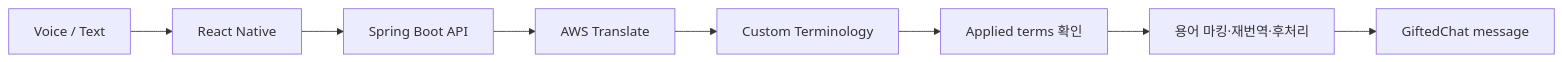
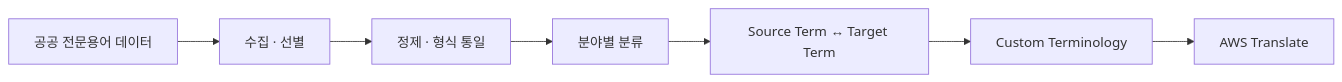
One commit to minjuko/transmate changed the first of 4 diagrams in README.md. Above: the diagram before and after it, drawn with Mermaid. The commit also changed other lines of this file, not shown here.

````diff
--- a/README.md
+++ b/README.md
@@ -60,10 +54,10 @@
 ```mermaid
 flowchart LR
-    A[Voice / Text] --> B[React Native]
-    B --> C[Spring Boot API]
-    C --> D[AWS Translate]
-    D --> E[Custom Terminology]
-    E --> F[Applied terms 확인]
-    F --> G[용어 마킹·재번역·후처리]
-    G --> H[GiftedChat message]
+    A[공공 전문용어 데이터]
+    --> B[수집 · 선별]
+    --> C[정제 · 형식 통일]
+    --> D[분야별 분류]
+    --> E[Source Term ↔ Target Term]
+    --> F[Custom Terminology]
+    --> G[AWS Translate]
 ```
````
